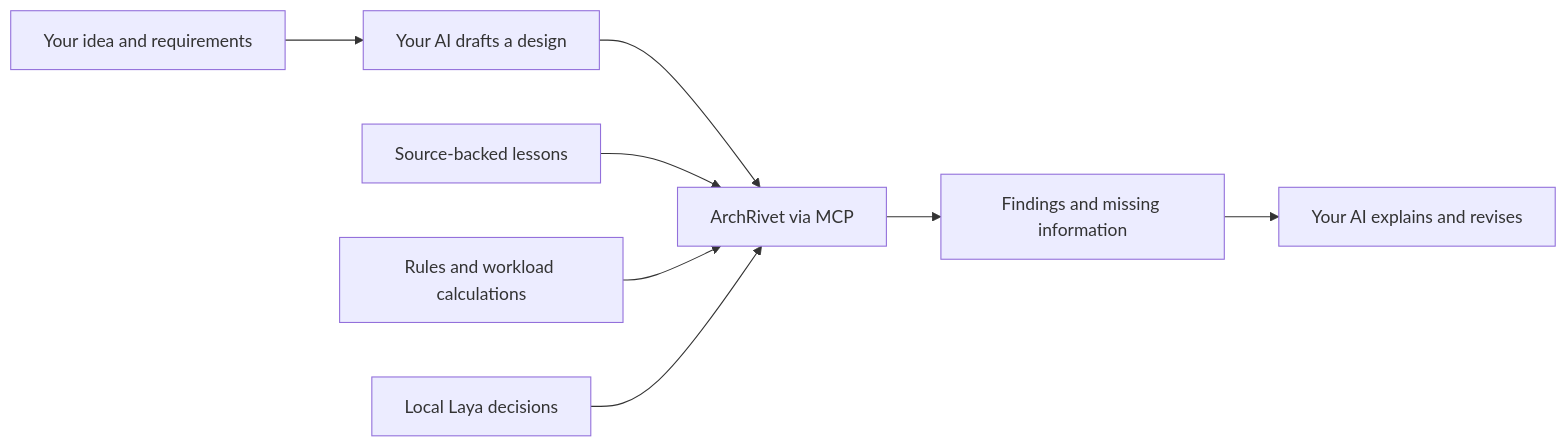
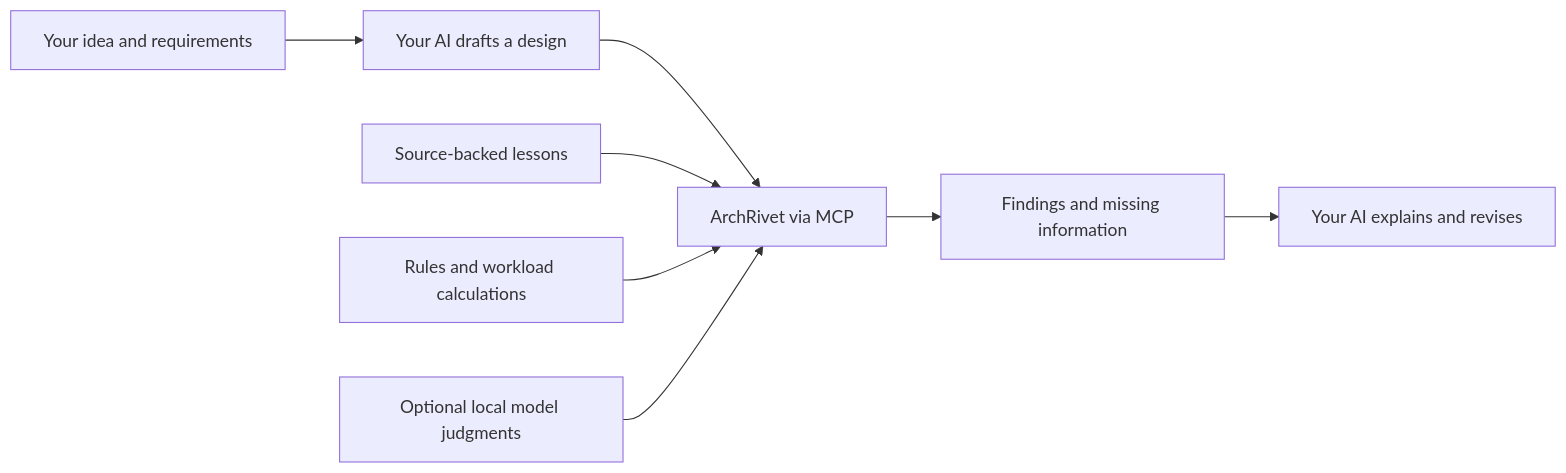
Before and after one commit to Ujjansh05/architecture-review-plugin: the diagram in README.md, drawn with Mermaid. The commit also changed other lines of this file and 92 other files, not shown here.

````diff
--- a/README.md
+++ b/README.md
@@ -51,10 +54,10 @@
 ```mermaid
 flowchart LR
     A[Your idea and requirements] --> B[Your AI drafts a design]
     B --> C[ArchRivet via MCP]
     E[Source-backed lessons] --> C
     F[Rules and workload calculations] --> C
-    G[Local Laya decisions] --> C
+    G[Optional local model judgments] --> C
     C --> D[Findings and missing information]
     D --> H[Your AI explains and revises]
 ```
````
